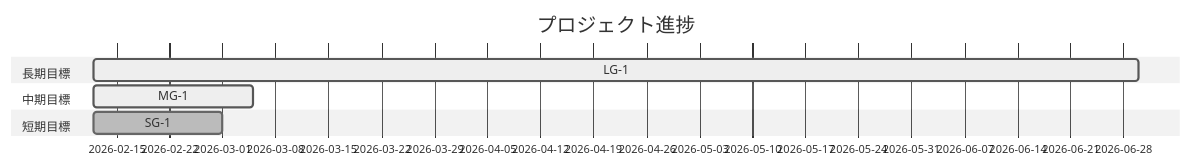
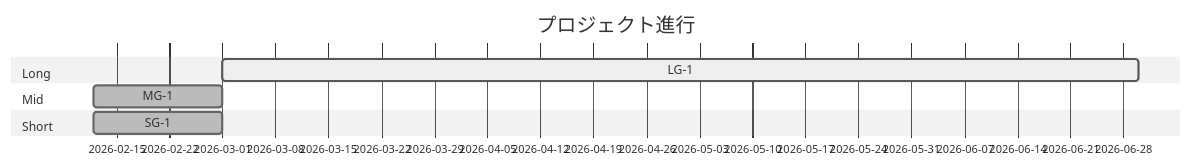
Before and after one commit to YuShimoji/UnityChatNovelGame: the diagram in docs/MILESTONE_PLAN.md, drawn with Mermaid (neutral theme). The commit also changed other lines of this file and 41 other files, not shown here.

````diff
--- a/docs/MILESTONE_PLAN.md
+++ b/docs/MILESTONE_PLAN.md
@@ -61,11 +59,11 @@
 ```mermaid
 gantt
-    title プロジェクト進捗
+    title プロジェクト進行
     dateFormat  YYYY-MM-DD
-    section 長期目標
-    LG-1            :active, lg1, 2026-02-12, 2026-06-30
-    section 中期目標
-    MG-1            :active, mg1, 2026-02-12, 2026-03-05
-    section 短期目標
-    SG-1            :done, sg1, 2026-02-12, 2026-03-01
+    section Long
+    LG-1 :active, lg1, 2026-03-01, 2026-06-30
+    section Mid
+    MG-1 :done, mg1, 2026-02-12, 2026-03-01
+    section Short
+    SG-1 :done, sg1, 2026-02-12, 2026-03-01
 ```
````
